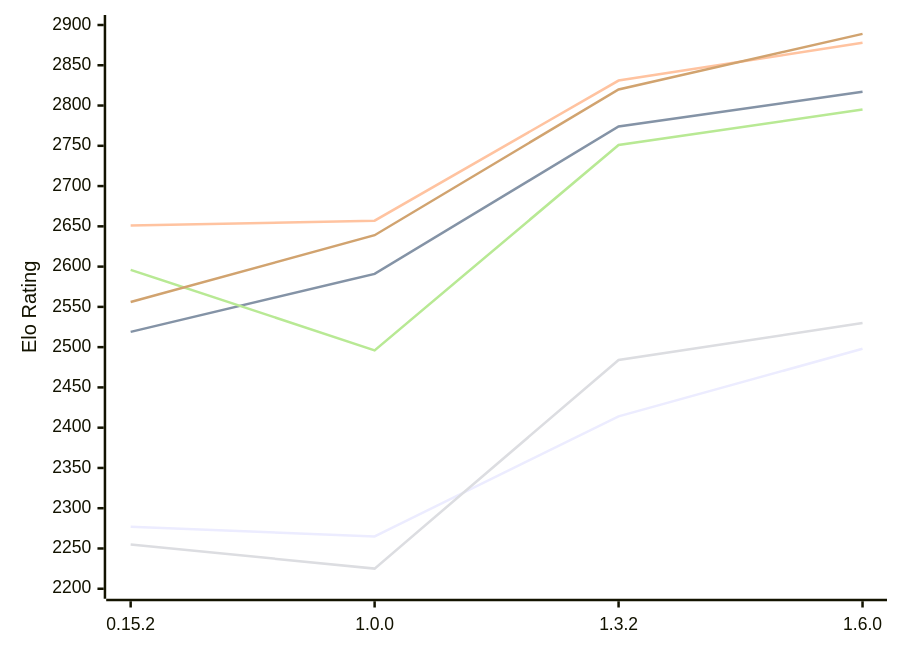
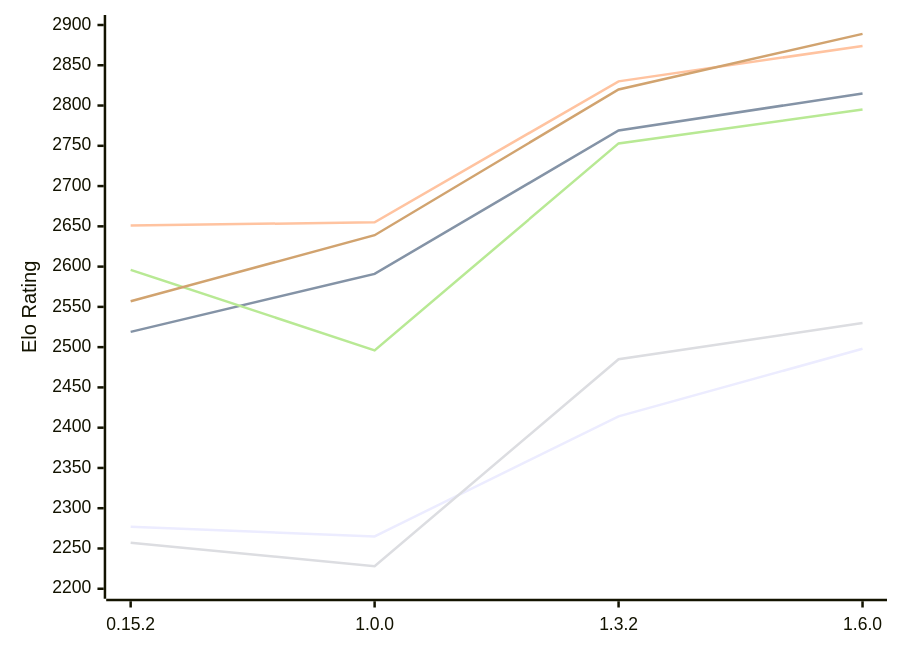
The diagram in engines/ElephantGambit.md (computer-chess-index/cci), drawn with Mermaid before and after one commit. The commit also changed other lines of this file, not shown here.

Commit message:
Update CCI Ratings (ELO VLTC) - 2026-11-28

````diff
--- a/engines/ElephantGambit.md
+++ b/engines/ElephantGambit.md
@@ -54,12 +54,12 @@
 ```mermaid
 %%{init: {"theme":"base","themeVariables":{"seriesColors:['#a3a3a3','#222221','#faa371']}}}%%
 xychart-beta
   x-axis ["0.15.2", "1.0.0", "1.3.2", "1.6.0"]
   y-axis "Elo Rating" 2200 --> 2900
   line "E1: STC (8.0+0.08s)" [2277, 2265, 2414, 2498]
-  line "E1: LTC (60.0+0.60s)" [2519, 2591, 2774, 2817]
-  line "E1: VLTC (2m24s+1.12s)" [2651, 2657, 2831, 2878]
-  line "P1: STC (8.0+0.08s)" [2255, 2225, 2484, 2530]
-  line "P1: LTC (60.0+0.60s)" [2596, 2496, 2751, 2795]
-  line "P1: VLTC (2m24s+1.12s)" [2556, 2639, 2820, 2889]
+  line "E1: LTC (60.0+0.60s)" [2519, 2591, 2769, 2815]
+  line "E1: VLTC (2m24s+1.12s)" [2651, 2655, 2830, 2874]
+  line "P1: STC (8.0+0.08s)" [2257, 2228, 2485, 2530]
+  line "P1: LTC (60.0+0.60s)" [2596, 2496, 2753, 2795]
+  line "P1: VLTC (2m24s+1.12s)" [2557, 2639, 2820, 2889]
 ```
````
